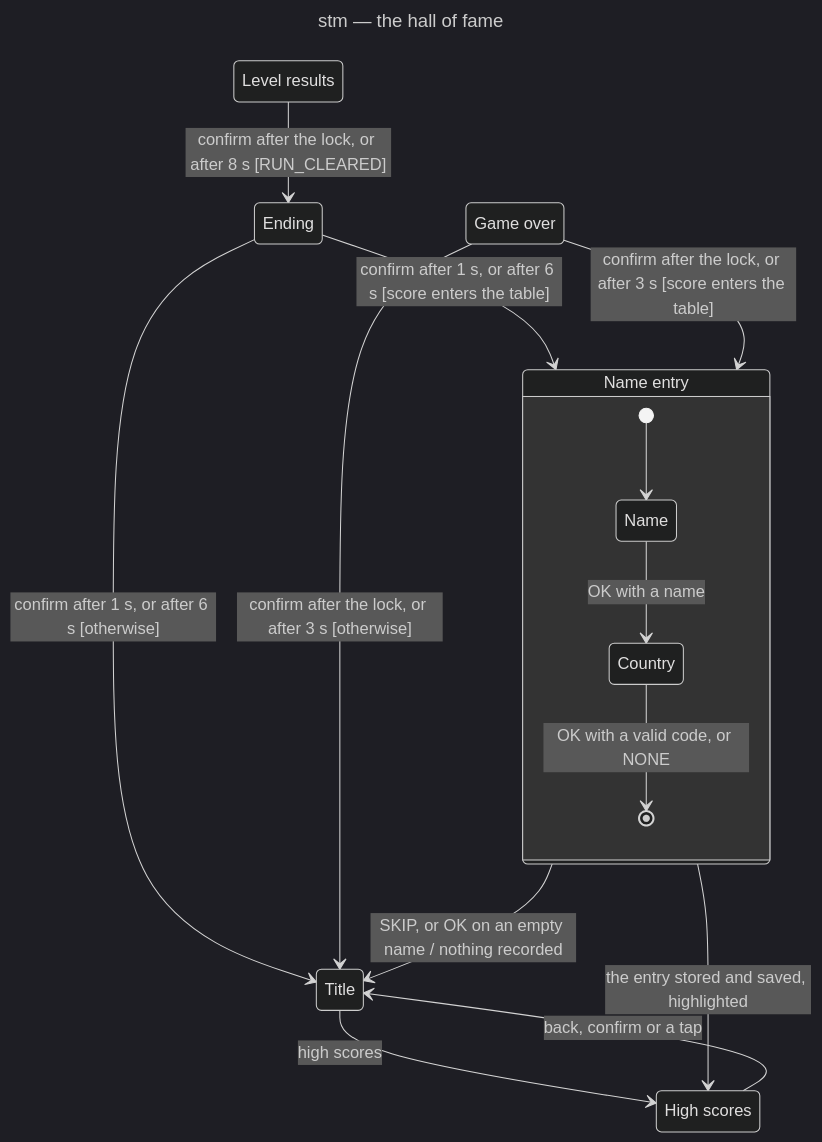
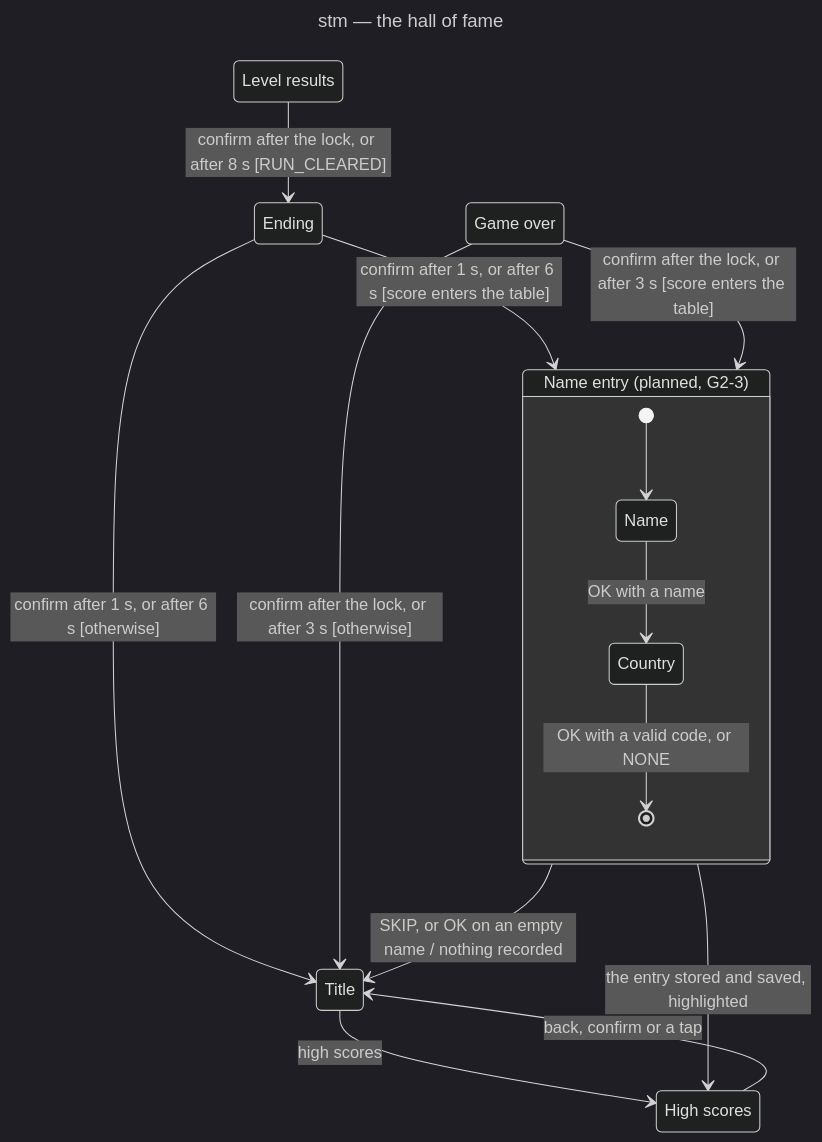
One commit to benoit-bremaud/retro-shmup changed the third of 3 diagrams in docs/architecture/diagrams/meta/05-state-scenes.md. Above: the diagram before and after it, drawn with Mermaid (dark theme). The commit also changed other lines of this file and 20 other files, not shown here.

````diff
--- a/docs/architecture/diagrams/meta/05-state-scenes.md
+++ b/docs/architecture/diagrams/meta/05-state-scenes.md
@@ -476,26 +481,26 @@
 ```mermaid
 ---
 title: stm — the hall of fame
 ---
 stateDiagram-v2
   state "Level results" as Results
   state "Game over" as GameOver
   state "Ending" as Ending
-  state "Name entry" as NameEntry {
+  state "Name entry (planned, G2-3)" as NameEntry {
     state "Name" as NameStep
     state "Country" as CountryStep
     [*] --> NameStep
     NameStep --> CountryStep : OK with a name
     CountryStep --> [*] : OK with a valid code, or NONE
   }
   NameEntry --> Title : SKIP, or OK on an empty name / nothing recorded
   state "High scores" as HighScores
   Results --> Ending : confirm after the lock, or after 8 s [RUN_CLEARED]
   Ending --> NameEntry : confirm after 1 s, or after 6 s [score enters the table]
   Ending --> Title : confirm after 1 s, or after 6 s [otherwise]
   GameOver --> NameEntry : confirm after the lock, or after 3 s [score enters the table]
   GameOver --> Title : confirm after the lock, or after 3 s [otherwise]
   NameEntry --> HighScores : the entry stored and saved, highlighted
   Title --> HighScores : high scores
   HighScores --> Title : back, confirm or a tap
 ```
````
